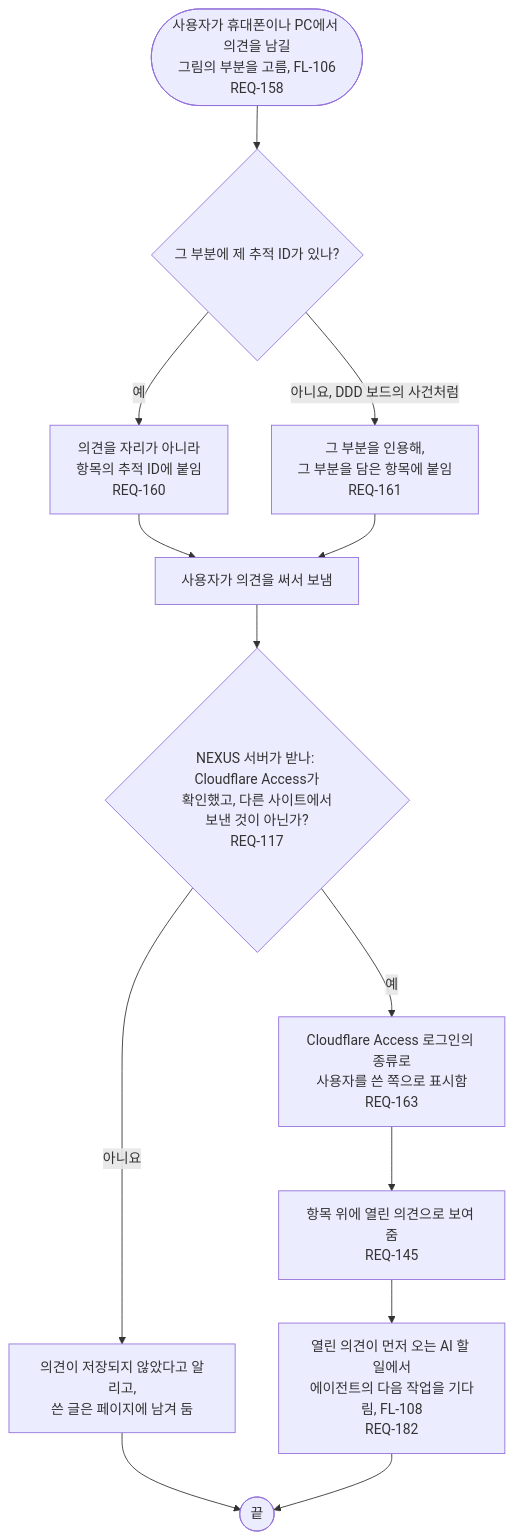
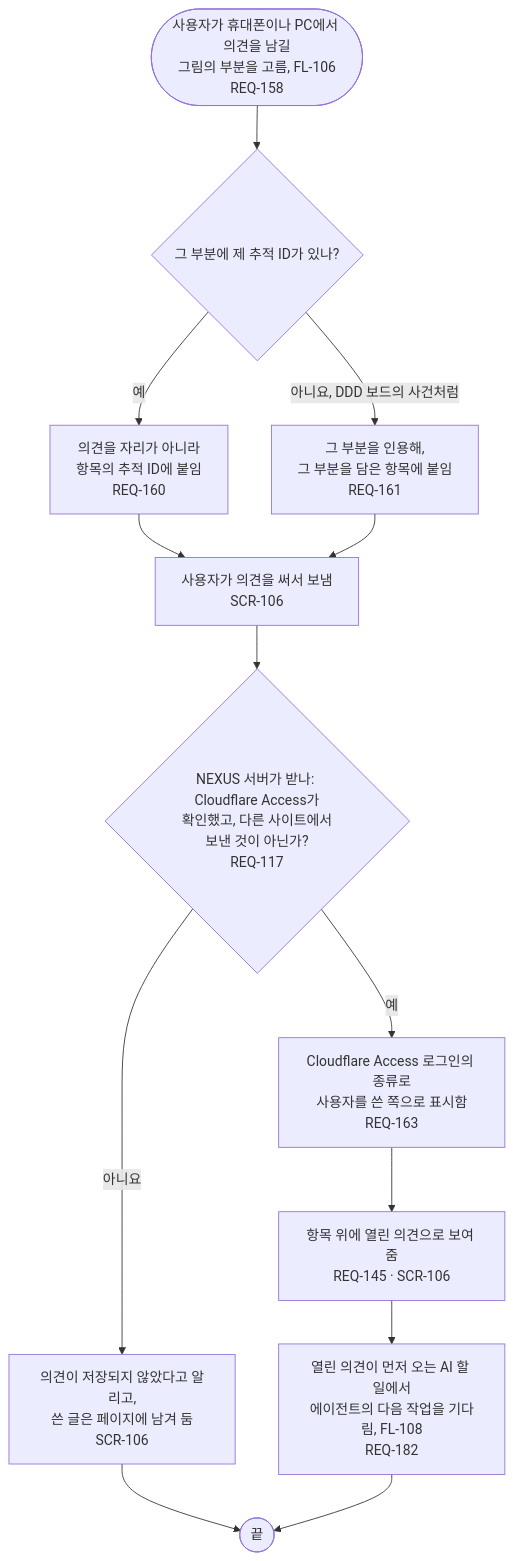
Before and after one commit to kodonghui/corthex-nexus: the diagram in docs/03-user-flow/nexus/FL-107-leave-a-comment.ko.md, drawn with Mermaid. The commit also changed 19 other files, not shown here.

````diff
--- a/docs/03-user-flow/nexus/FL-107-leave-a-comment.ko.md
+++ b/docs/03-user-flow/nexus/FL-107-leave-a-comment.ko.md
@@ -9,15 +9,15 @@
 ```mermaid
 flowchart TD
   A(["사용자가 휴대폰이나 PC에서 의견을 남길<br/>그림의 부분을 고름, FL-106<br/>REQ-158"]) --> B{"그 부분에 제 추적 ID가 있나?"}
   B -->|예| C["의견을 자리가 아니라<br/>항목의 추적 ID에 붙임<br/>REQ-160"]
   B -->|아니요, DDD 보드의 사건처럼| D["그 부분을 인용해,<br/>그 부분을 담은 항목에 붙임<br/>REQ-161"]
-  C --> E["사용자가 의견을 써서 보냄"]
+  C --> E["사용자가 의견을 써서 보냄<br/>SCR-106"]
   D --> E
   E --> F{"NEXUS 서버가 받나: Cloudflare Access가<br/>확인했고, 다른 사이트에서<br/>보낸 것이 아닌가?<br/>REQ-117"}
-  F -->|아니요| F1["의견이 저장되지 않았다고 알리고,<br/>쓴 글은 페이지에 남겨 둠"]
+  F -->|아니요| F1["의견이 저장되지 않았다고 알리고,<br/>쓴 글은 페이지에 남겨 둠<br/>SCR-106"]
   F1 --> Z(["끝"])
   F -->|예| G["Cloudflare Access 로그인의 종류로<br/>사용자를 쓴 쪽으로 표시함<br/>REQ-163"]
-  G --> H["항목 위에 열린 의견으로 보여 줌<br/>REQ-145"]
+  G --> H["항목 위에 열린 의견으로 보여 줌<br/>REQ-145 · SCR-106"]
   H --> I["열린 의견이 먼저 오는 AI 할 일에서<br/>에이전트의 다음 작업을 기다림, FL-108<br/>REQ-182"]
   I --> Z
 ```
````
